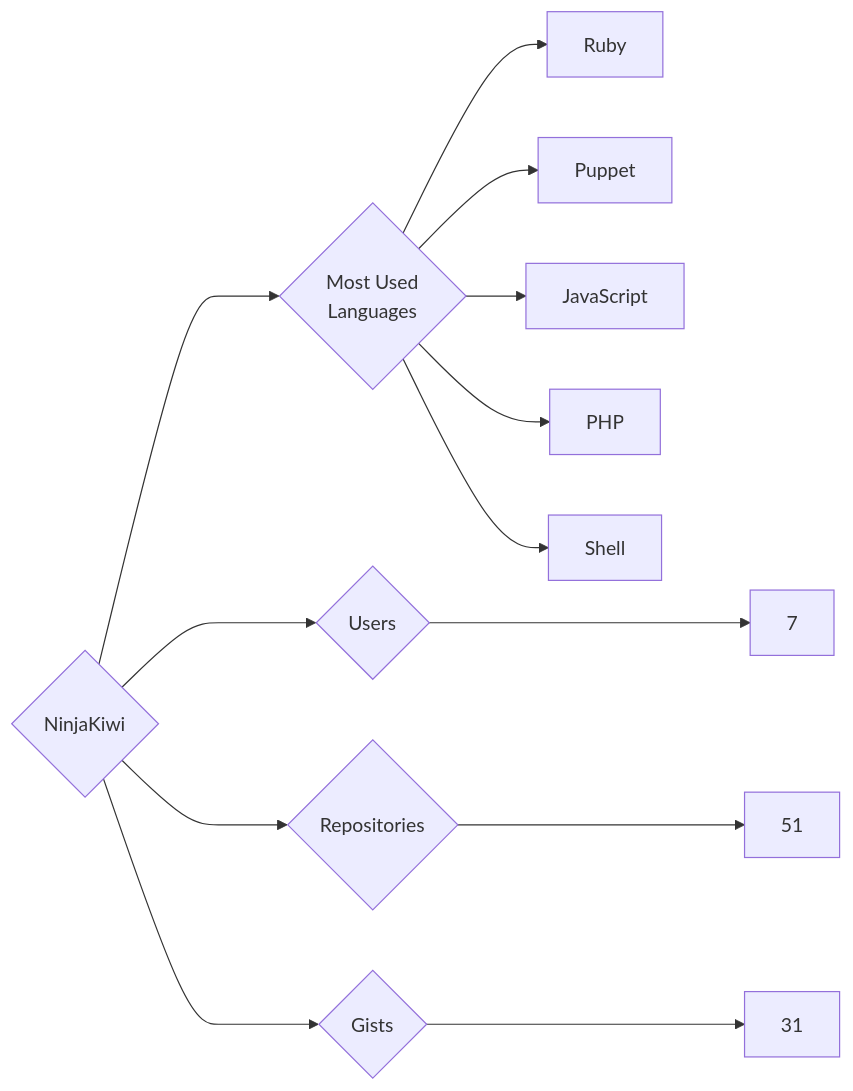
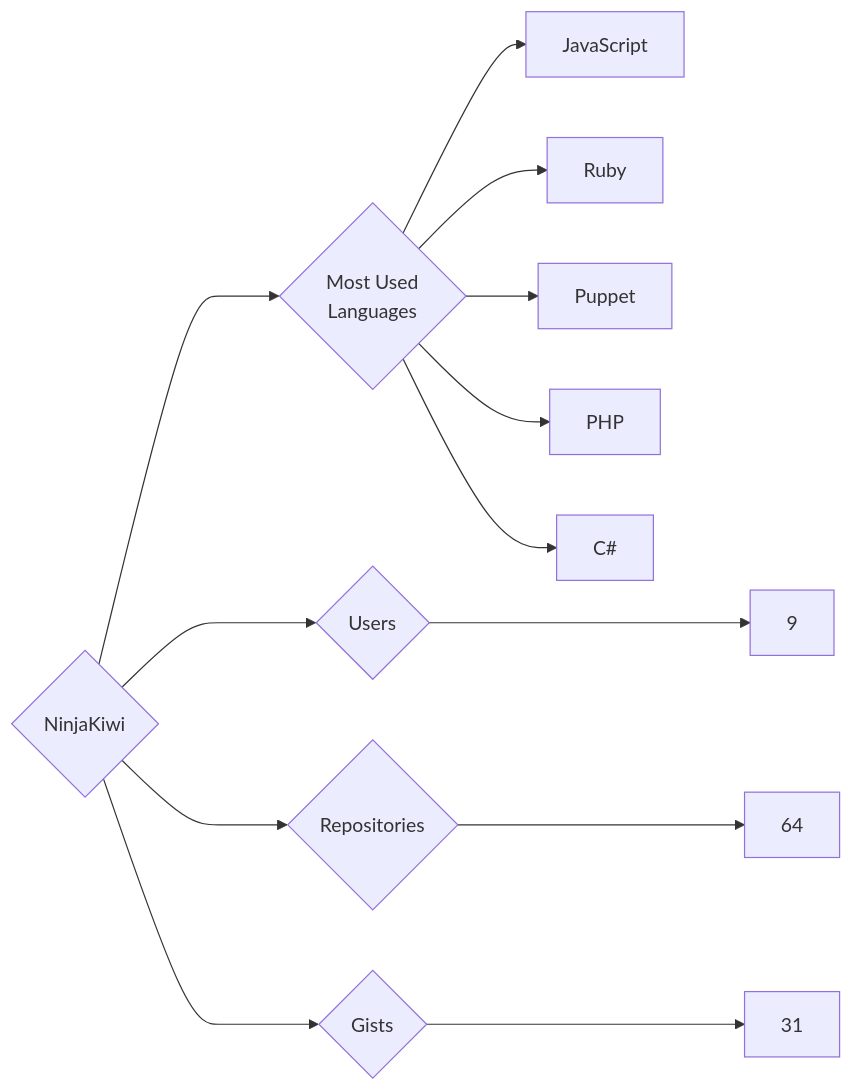
One commit to trickest/insiders changed the diagram in targets/NinjaKiwi/README.md. Above: the diagram before and after it, drawn with Mermaid. The commit also changed 1248 other files, not shown here.

````diff
--- a/targets/NinjaKiwi/README.md
+++ b/targets/NinjaKiwi/README.md
@@ -3,13 +3,13 @@
 ```mermaid
 graph LR
 COMPANY_NAME{NinjaKiwi}
-COMPANY_NAME ---> U{Users} ---> UN[7]
-COMPANY_NAME ---> R{Repositories} ---> RN[51]
+COMPANY_NAME ---> U{Users} ---> UN[9]
+COMPANY_NAME ---> R{Repositories} ---> RN[64]
 COMPANY_NAME ---> G{Gists} ---> GN[31]
 COMPANY_NAME ---> ML{Most Used<br>Languages}
+ML --> JavaScript[JavaScript]
 ML --> Ruby[Ruby]
 ML --> Puppet[Puppet]
-ML --> JavaScript[JavaScript]
 ML --> PHP[PHP]
-ML --> Shell[Shell]
+ML --> C#[C#]
 ```
````
